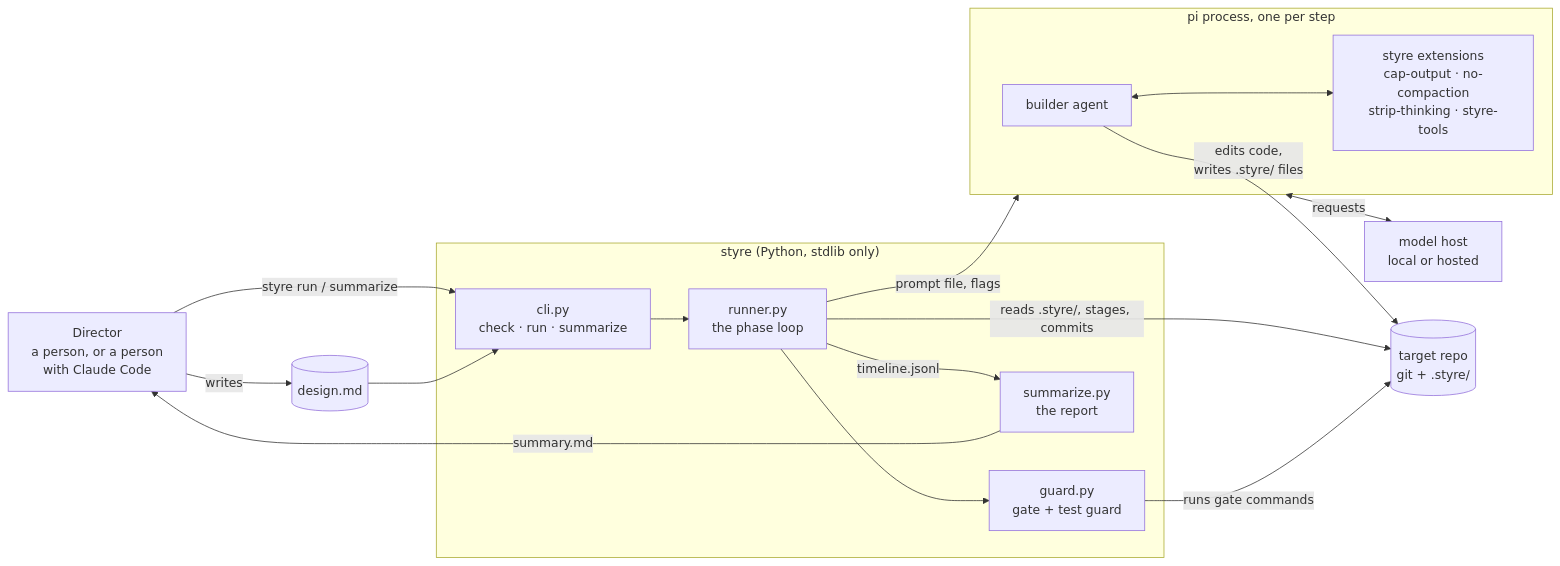
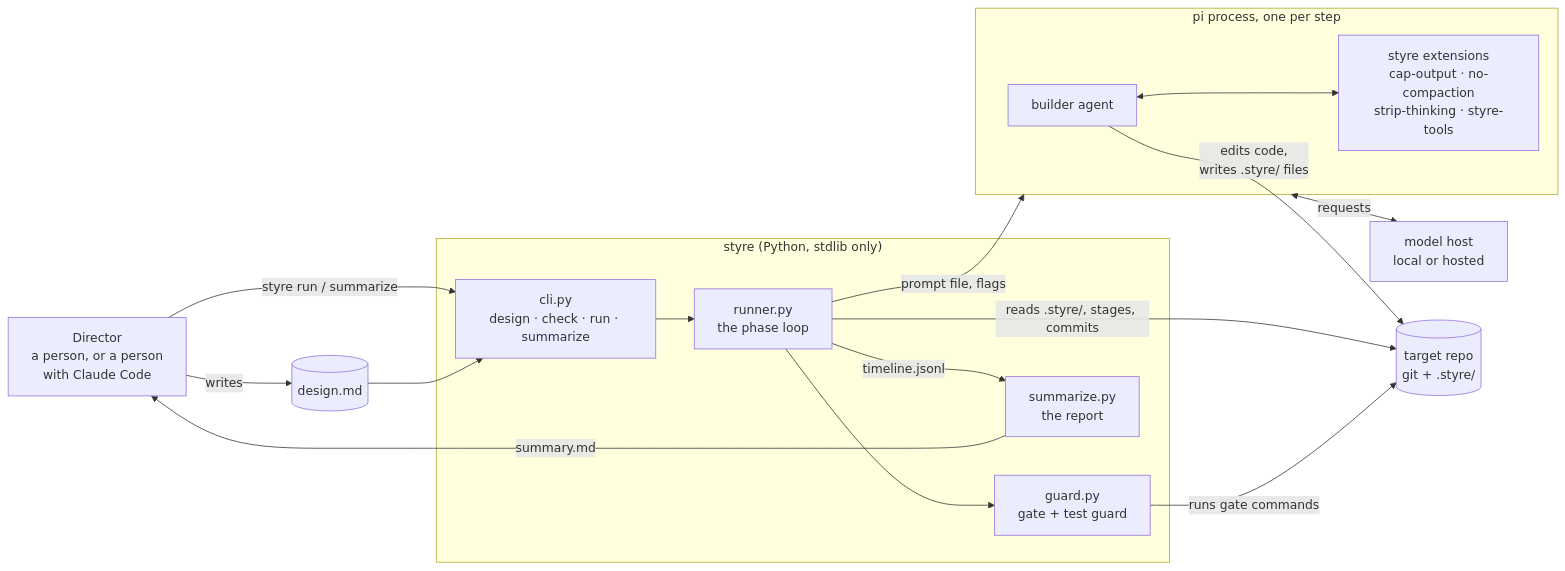
Before and after one commit to woutersm/styre: the first of 4 diagrams in docs/architecture.md, drawn with Mermaid. The commit also changed other lines of this file and 4 other files, not shown here.

````diff
--- a/docs/architecture.md
+++ b/docs/architecture.md
@@ -9,29 +9,29 @@
 ```mermaid
 flowchart LR
     director["Director<br/>a person, or a person<br/>with Claude Code"]
     design[("design.md")]
     subgraph styre["styre (Python, stdlib only)"]
-        cli["cli.py<br/>check · run · summarize"]
+        cli["cli.py<br/>design · check · run · summarize"]
         runner["runner.py<br/>the phase loop"]
         guard["guard.py<br/>gate + test guard"]
         summarize["summarize.py<br/>the report"]
     end
     subgraph pi["pi process, one per step"]
         agent["builder agent"]
         ext["styre extensions<br/>cap-output · no-compaction<br/>strip-thinking · styre-tools"]
     end
     host["model host<br/>local or hosted"]
     repo[("target repo<br/>git + .styre/")]
 
     director -- writes --> design
     director -- "styre run / summarize" --> cli
     design --> cli --> runner
     runner -- "prompt file, flags" --> pi
     agent <--> ext
     pi <-- requests --> host
     agent -- "edits code,<br/>writes .styre/ files" --> repo
     runner -- "reads .styre/, stages, commits" --> repo
     runner --> guard -- "runs gate commands" --> repo
     runner -- timeline.jsonl --> summarize
     summarize -- summary.md --> director
 ```
````
